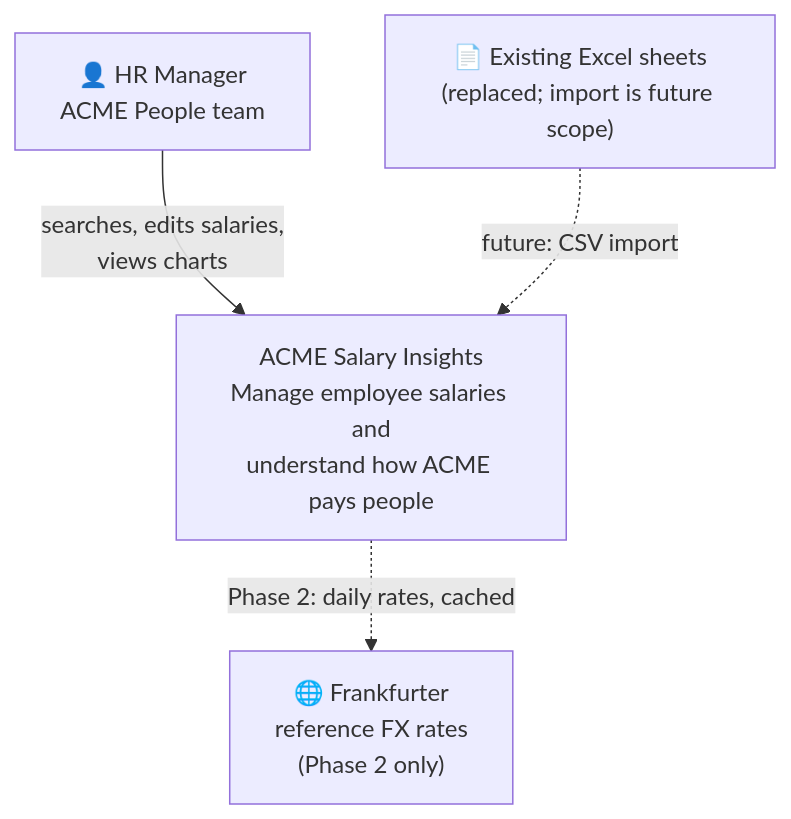
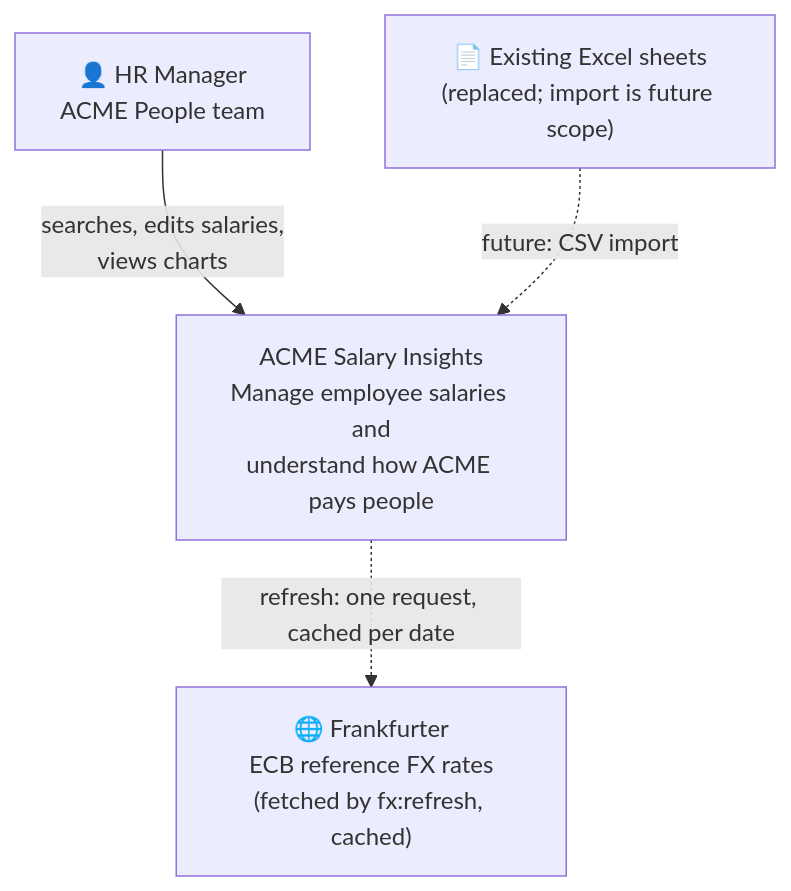
One commit to sravan44/salary-dashboard changed the first of 9 diagrams in docs/architecture-diagrams.md. Above: the diagram before and after it, drawn with Mermaid. The commit also changed 50 other files, not shown here.

````diff
--- a/docs/architecture-diagrams.md
+++ b/docs/architecture-diagrams.md
@@ -9,10 +9,10 @@
 ```mermaid
 flowchart TB
   HR["👤 HR Manager<br/>ACME People team"]
   SYS["ACME Salary Insights<br/>Manage employee salaries and<br/>understand how ACME pays people"]
   XL["📄 Existing Excel sheets<br/>(replaced; import is future scope)"]
-  FX["🌐 Frankfurter<br/>reference FX rates<br/>(Phase 2 only)"]
+  FX["🌐 Frankfurter<br/>ECB reference FX rates<br/>(fetched by fx:refresh, cached)"]
   HR -->|searches, edits salaries,<br/>views charts| SYS
   XL -.->|future: CSV import| SYS
-  SYS -.->|Phase 2: daily rates, cached| FX
+  SYS -.->|refresh: one request, cached per date| FX
 ```
````
